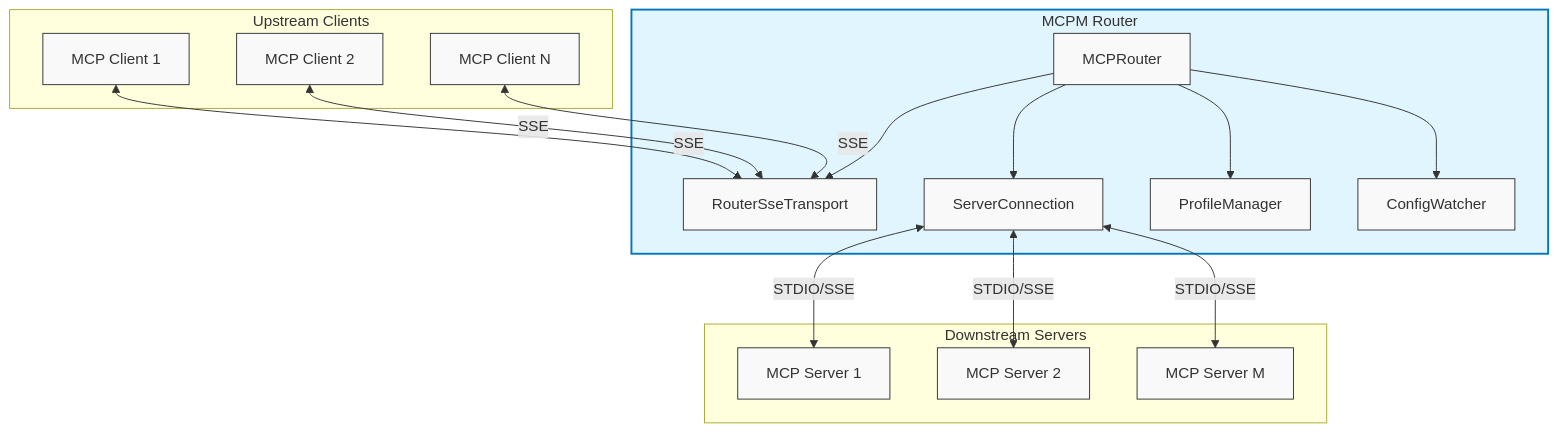
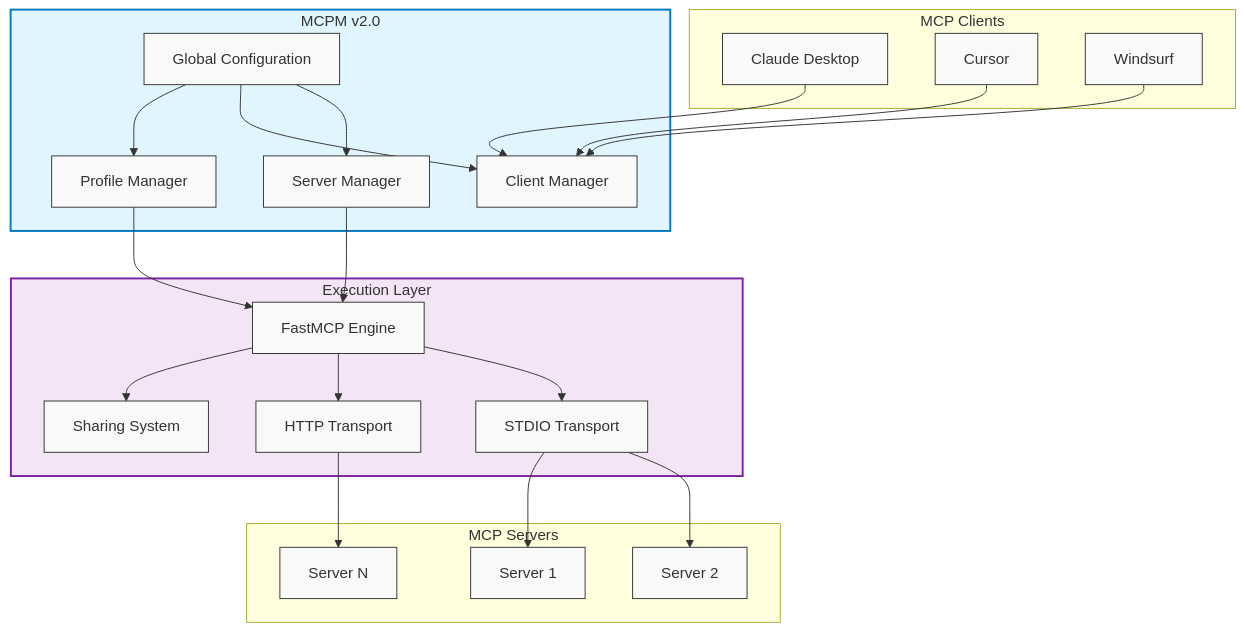
The diagram in docs/router_tech_design.md (pathintegral-institute/mcpm.sh), drawn with Mermaid before and after one commit. The commit also changed other lines of this file and 3 other files, not shown here.

````diff
--- a/docs/router_tech_design.md
+++ b/docs/router_tech_design.md
@@ -6,38 +9,51 @@
 ```mermaid
 flowchart TB
-    subgraph clients[Upstream Clients]
-        c1[MCP Client 1]
-        c2[MCP Client 2]
-        cn[MCP Client N]
+    subgraph clients[MCP Clients]
+        c1[Claude Desktop]
+        c2[Cursor]
+        c3[Windsurf]
     end
     
-    subgraph router[MCPM Router]
-        r[MCPRouter]
-        rt[RouterSseTransport]
-        sc[ServerConnection]
-        pw[ProfileManager]
-        cw[ConfigWatcher]
-        r --> rt
-        r --> sc
-        r --> pw
-        r --> cw
+    subgraph mcpm[MCPM v2.0]
+        gc[Global Configuration]
+        pm[Profile Manager]
+        cm[Client Manager]
+        sm[Server Manager]
+        gc --> pm
+        gc --> cm
+        gc --> sm
     end
     
-    subgraph servers[Downstream Servers]
-        s1[MCP Server 1]
-        s2[MCP Server 2]
-        sm[MCP Server M]
+    subgraph execution[Execution Layer]
+        fe[FastMCP Engine]
+        sh[Sharing System]
+        ht[HTTP Transport]
+        st[STDIO Transport]
+        fe --> sh
+        fe --> ht
+        fe --> st
     end
     
-    c1 <--SSE--> rt
-    c2 <--SSE--> rt
-    cn <--SSE--> rt
+    subgraph servers[MCP Servers]
+        s1[Server 1]
+        s2[Server 2]
+        s3[Server N]
+    end
     
-    sc <--STDIO/SSE--> s1
-    sc <--STDIO/SSE--> s2
-    sc <--STDIO/SSE--> sm
+    c1 --> cm
+    c2 --> cm
+    c3 --> cm
+    
+    pm --> fe
+    sm --> fe
+    
+    st --> s1
+    st --> s2
+    ht --> s3
     
     classDef default fill:#f9f9f9,stroke:#333,stroke-width:1px;
-    classDef routerClass fill:#e1f5fe,stroke:#0277bd,stroke-width:2px;
-    class router routerClass;
+    classDef mcpmClass fill:#e1f5fe,stroke:#0277bd,stroke-width:2px;
+    classDef executionClass fill:#f3e5f5,stroke:#7b1fa2,stroke-width:2px;
+    class mcpm mcpmClass;
+    class execution executionClass;
 ```
````
